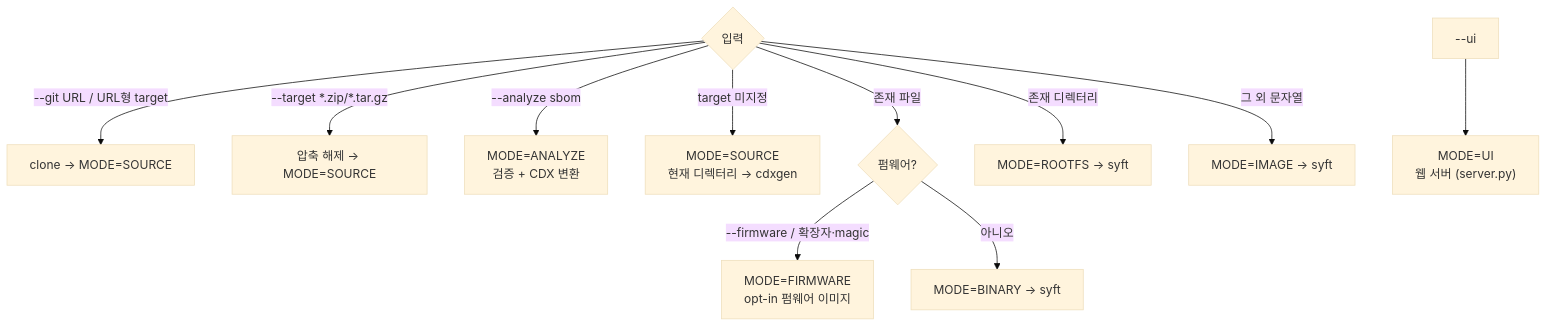
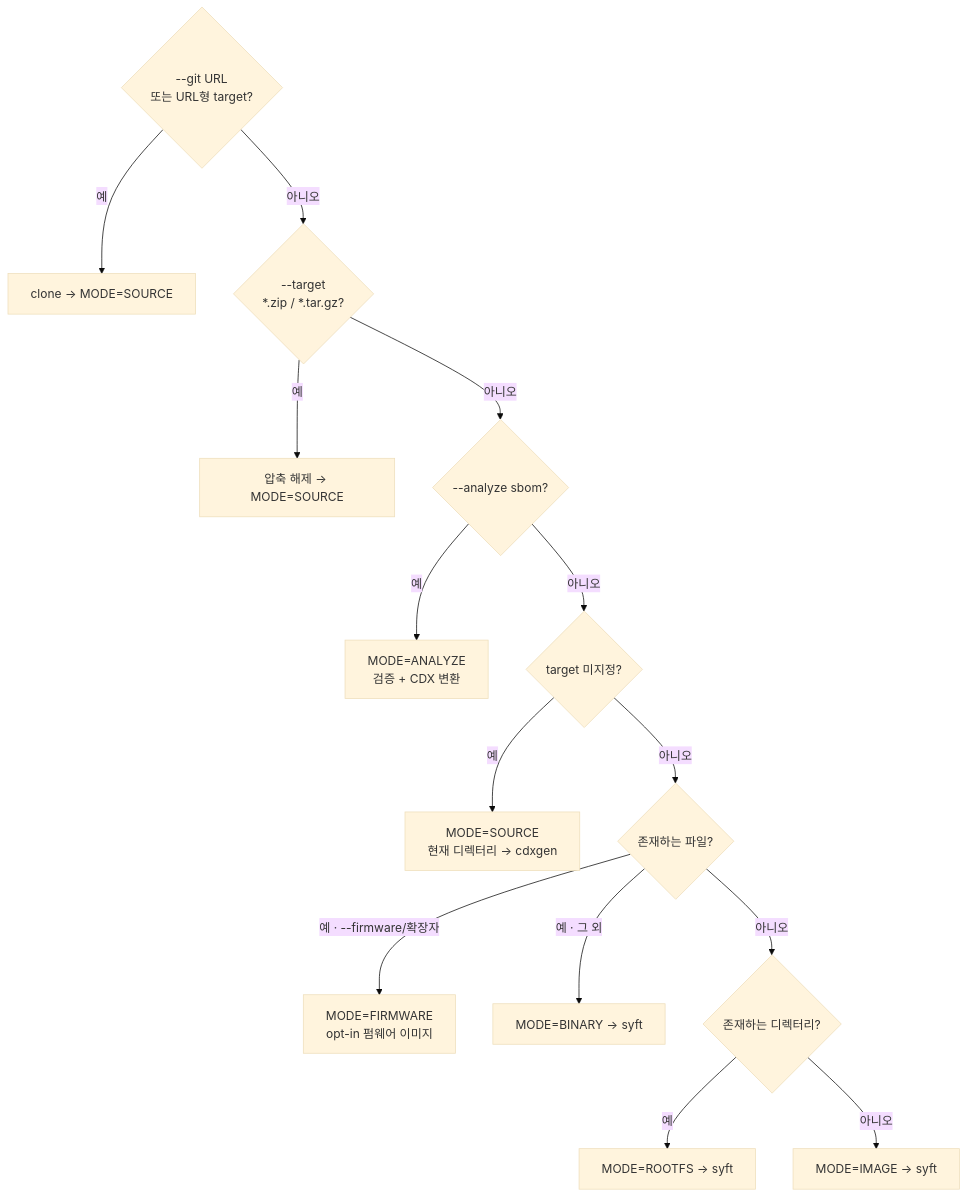
The fifth of 6 diagrams in docs/architecture.md (sktelecom/bomlens), drawn with Mermaid (base theme) before and after one commit. The commit also changed other lines of this file and 2 other files, not shown here.

Commit message:
docs: lead README with the two core roles; fix mermaid render; de-AI a passage
- README: reframe the overview as "two jobs" — (1) Generate an SBOM +
  open-source notice + security report from your source code, and
  (2) Assess open-source risk in what you receive (a supplier SBOM or a
  firmware binary) via the risk report. Makes the tool's role obvious.
- architecture.md: fix the Stage-2 mermaid parse error (quote the
  "(--generate-only)" edge label — GitHub mermaid rejects bare parens) and
  redraw the input-routing diagram as a vertical decision chain so the
  7-way fan-out no longer shrinks the text (also matches the real sequential
  evaluation). Validated all 6 diagrams parse.
- THIRD_PARTY_LICENSES.md: rewrite the GPL source-offer paragraph in natural
  Korean (it read like a stiff machine translation).

````diff
--- a/docs/architecture.md
+++ b/docs/architecture.md
@@ -281,13 +283,16 @@
 ```mermaid
 flowchart TD
-    G{"입력"} -->|"--git URL / URL형 target"| GIT["clone → MODE=SOURCE"]
-    G -->|"--target *.zip/*.tar.gz"| ZIP["압축 해제 → MODE=SOURCE"]
-    G -->|"--analyze sbom"| ANALYZE["MODE=ANALYZE<br/>검증 + CDX 변환"]
-    G -->|"target 미지정"| SOURCE["MODE=SOURCE<br/>현재 디렉터리 → cdxgen"]
-    G -->|"존재 파일"| FB{"펌웨어?"}
-    FB -->|"--firmware / 확장자·magic"| FIRMWARE["MODE=FIRMWARE<br/>opt-in 펌웨어 이미지"]
-    FB -->|"아니오"| BINARY["MODE=BINARY → syft"]
-    G -->|"존재 디렉터리"| ROOTFS["MODE=ROOTFS → syft"]
-    G -->|"그 외 문자열"| IMAGE["MODE=IMAGE → syft"]
-    UI["--ui"] --> UIMODE["MODE=UI<br/>웹 서버 (server.py)"]
+    D1{"--git URL<br/>또는 URL형 target?"} -->|예| R1["clone → MODE=SOURCE"]
+    D1 -->|아니오| D2{"--target<br/>*.zip / *.tar.gz?"}
+    D2 -->|예| R2["압축 해제 → MODE=SOURCE"]
+    D2 -->|아니오| D3{"--analyze sbom?"}
+    D3 -->|예| R3["MODE=ANALYZE<br/>검증 + CDX 변환"]
+    D3 -->|아니오| D4{"target 미지정?"}
+    D4 -->|예| R4["MODE=SOURCE<br/>현재 디렉터리 → cdxgen"]
+    D4 -->|아니오| D5{"존재하는 파일?"}
+    D5 -->|"예 · --firmware/확장자"| R5["MODE=FIRMWARE<br/>opt-in 펌웨어 이미지"]
+    D5 -->|"예 · 그 외"| R6["MODE=BINARY → syft"]
+    D5 -->|아니오| D6{"존재하는 디렉터리?"}
+    D6 -->|예| R7["MODE=ROOTFS → syft"]
+    D6 -->|아니오| R8["MODE=IMAGE → syft"]
 ```
````
